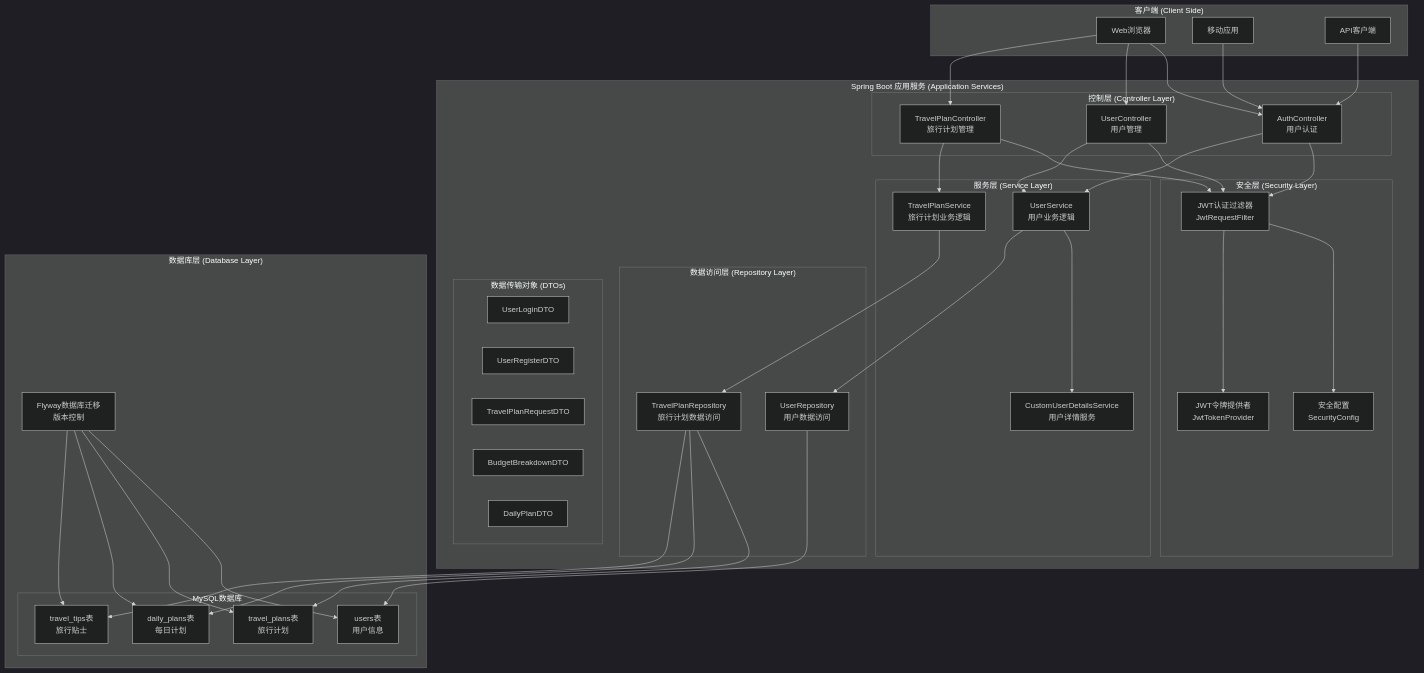
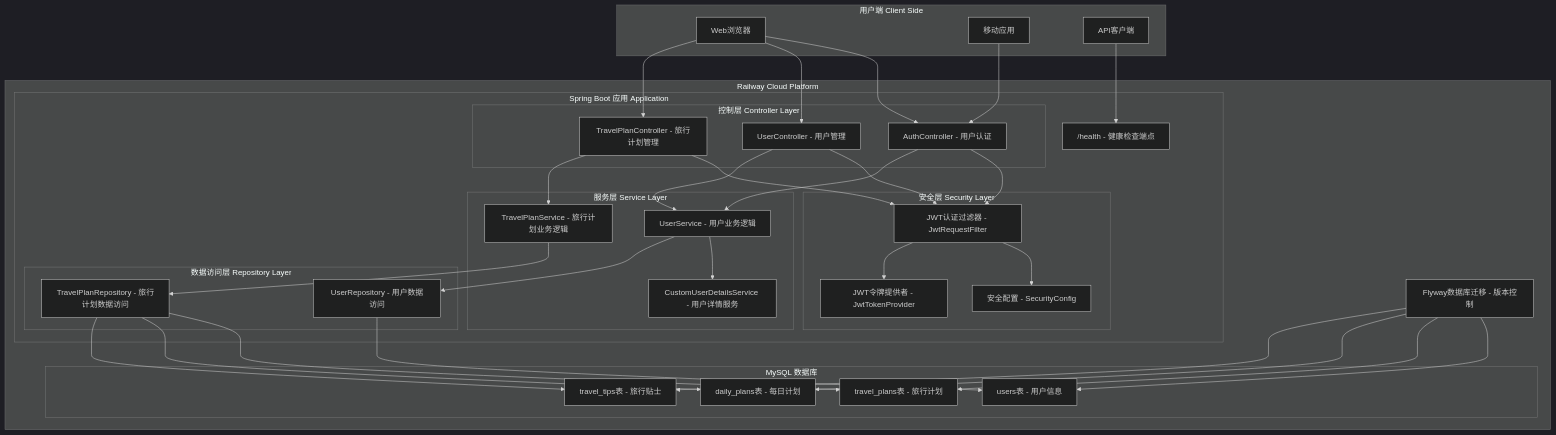
One commit to NicoleYL28/travel-assistant changed the second of 7 diagrams in architecture-diagram.md. Above: the diagram before and after it, drawn with Mermaid (dark theme). The commit also changed other lines of this file, not shown here.

Commit message:
Simplify architecture diagram - remove complex components like gateway, monitoring, and integrate Railway platform

````diff
--- a/architecture-diagram.md
+++ b/architecture-diagram.md
@@ -47,56 +51,52 @@
 ```mermaid
 graph TB
-    %% 客户端
-    subgraph "客户端 (Client Side)"
-        WEB[Web浏览器]
-        MOBILE[移动应用]
-        API_CLIENT[API客户端]
+    %% 用户端
+    subgraph "用户端 Client Side"
+        WEB["Web浏览器"]
+        MOBILE["移动应用"]
+        API_CLIENT["API客户端"]
     end
     
-    %% 应用服务层详细结构
-    subgraph "Spring Boot 应用服务 (Application Services)"
-        subgraph "控制层 (Controller Layer)"
-            AUTH_CTRL[AuthController<br/>用户认证]
-            USER_CTRL[UserController<br/>用户管理]
-            PLAN_CTRL[TravelPlanController<br/>旅行计划管理]
+    %% Railway部署环境
+    subgraph "Railway Cloud Platform"
+        %% Spring Boot应用详细结构
+        subgraph "Spring Boot 应用 Application"
+            subgraph "控制层 Controller Layer"
+                AUTH_CTRL["AuthController - 用户认证"]
+                USER_CTRL["UserController - 用户管理"] 
+                PLAN_CTRL["TravelPlanController - 旅行计划管理"]
+            end
+            
+            subgraph "安全层 Security Layer"
+                JWT_FILTER["JWT认证过滤器 - JwtRequestFilter"]
+                SEC_CONFIG["安全配置 - SecurityConfig"]
+                JWT_PROVIDER["JWT令牌提供者 - JwtTokenProvider"]
+            end
+            
+            subgraph "服务层 Service Layer"
+                USER_SVC["UserService - 用户业务逻辑"]
+                PLAN_SVC["TravelPlanService - 旅行计划业务逻辑"]
+                USER_DETAILS["CustomUserDetailsService - 用户详情服务"]
+            end
+            
+            subgraph "数据访问层 Repository Layer"
+                USER_REPO["UserRepository - 用户数据访问"]
+                PLAN_REPO["TravelPlanRepository - 旅行计划数据访问"]
+            end
+            
+            HEALTH["/health - 健康检查端点"]
         end
         
-        subgraph "安全层 (Security Layer)"
-            JWT_FILTER[JWT认证过滤器<br/>JwtRequestFilter]
-            SEC_CONFIG[安全配置<br/>SecurityConfig]
-            JWT_PROVIDER[JWT令牌提供者<br/>JwtTokenProvider]
+        %% 数据库
+        subgraph "MySQL 数据库"
+            USERS_TABLE["users表 - 用户信息"]
+            PLANS_TABLE["travel_plans表 - 旅行计划"]
+            DAILY_TABLE["daily_plans表 - 每日计划"]
+            TIPS_TABLE["travel_tips表 - 旅行贴士"]
         end
         
-        subgraph "服务层 (Service Layer)"
-            USER_SVC[UserService<br/>用户业务逻辑]
-            PLAN_SVC[TravelPlanService<br/>旅行计划业务逻辑]
-            USER_DETAILS[CustomUserDetailsService<br/>用户详情服务]
-        end
-        
-        subgraph "数据访问层 (Repository Layer)"
-            USER_REPO[UserRepository<br/>用户数据访问]
-            PLAN_REPO[TravelPlanRepository<br/>旅行计划数据访问]
-        end
-        
-        subgraph "数据传输对象 (DTOs)"
-            LOGIN_DTO[UserLoginDTO]
-            REGISTER_DTO[UserRegisterDTO]
-            PLAN_DTO[TravelPlanRequestDTO]
-            BUDGET_DTO[BudgetBreakdownDTO]
-            DAILY_DTO[DailyPlanDTO]
-        end
-    end
-    
-    %% 数据库详细结构
-    subgraph "数据库层 (Database Layer)"
-        subgraph "MySQL数据库"
-            USERS_TABLE[users表<br/>用户信息]
-            PLANS_TABLE[travel_plans表<br/>旅行计划]
-            DAILY_TABLE[daily_plans表<br/>每日计划]
-            TIPS_TABLE[travel_tips表<br/>旅行贴士]
-        end
-        
-        FLYWAY[Flyway数据库迁移<br/>版本控制]
+        %% 数据库迁移
+        FLYWAY["Flyway数据库迁移 - 版本控制"]
     end
     
     %% 连接关系
@@ -104,7 +104,7 @@
     WEB --> USER_CTRL
     WEB --> PLAN_CTRL
     MOBILE --> AUTH_CTRL
-    API_CLIENT --> AUTH_CTRL
+    API_CLIENT --> HEALTH
     
     AUTH_CTRL --> JWT_FILTER
     USER_CTRL --> JWT_FILTER
````
